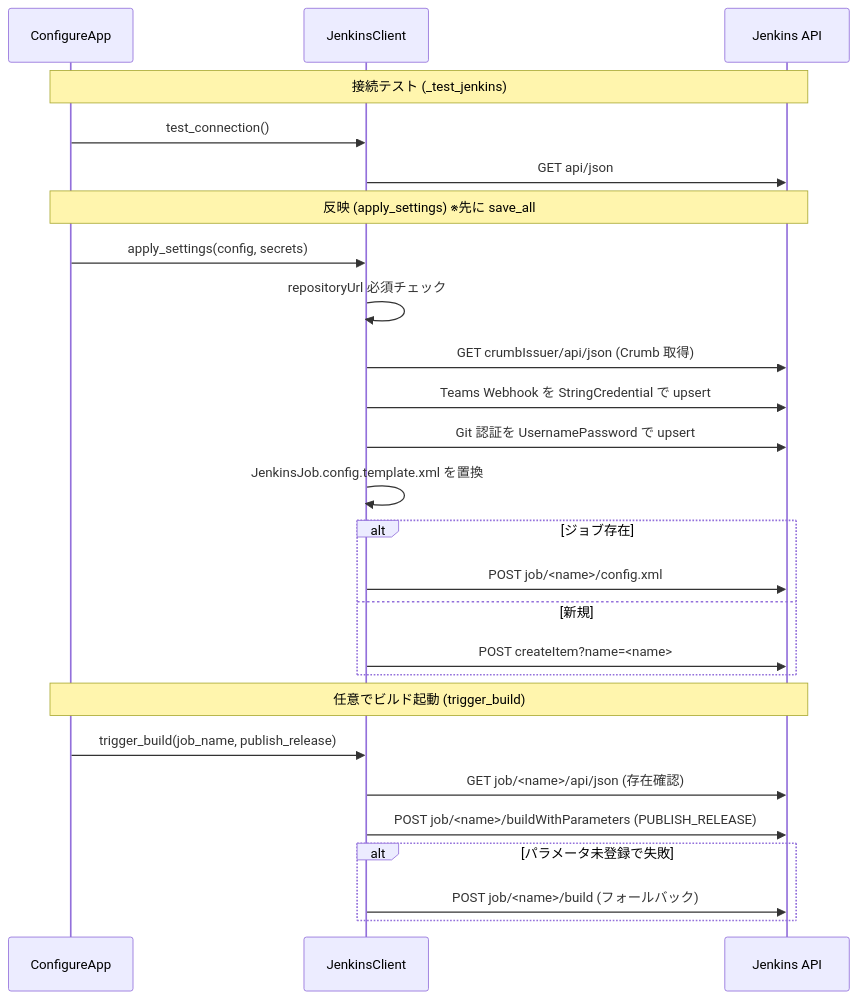
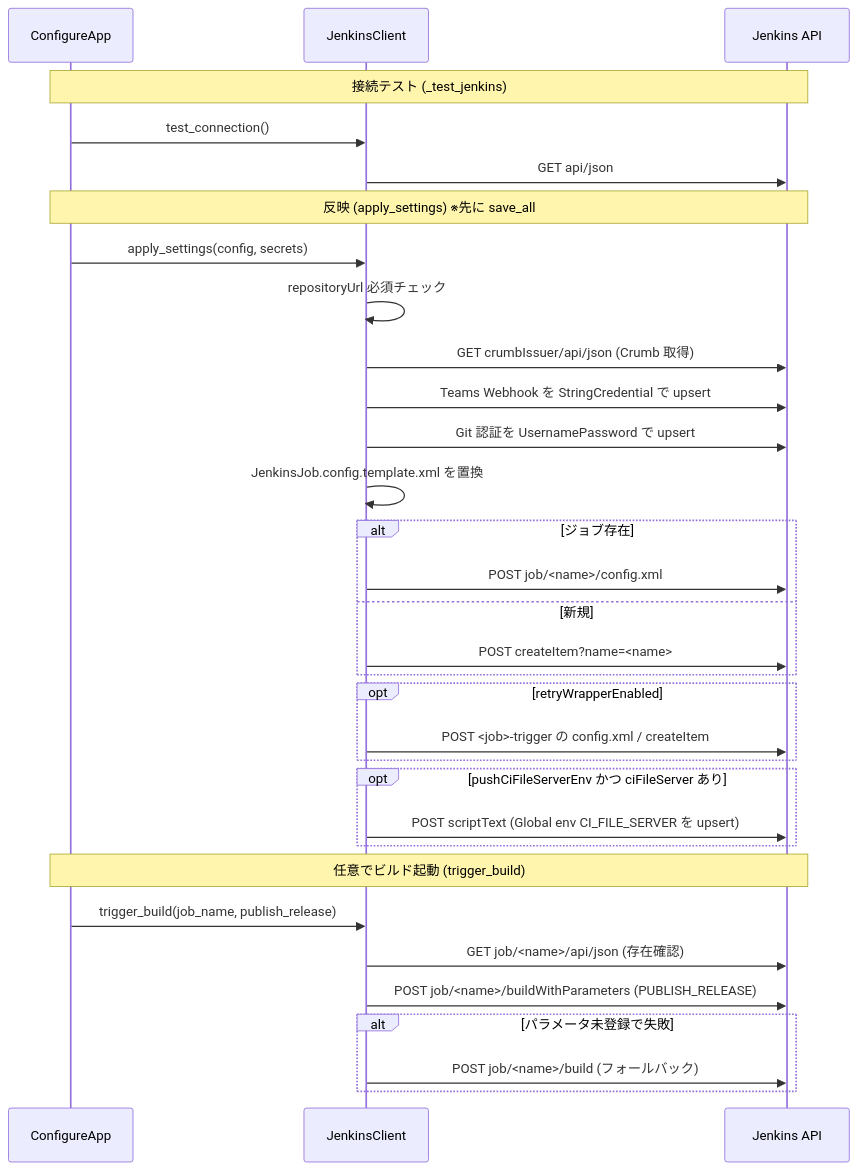
One commit to gt-ynakamatsu/ci-setup-tool changed the seventh of 10 diagrams in docs/DESIGN.md. Above: the diagram before and after it, drawn with Mermaid. The commit also changed other lines of this file and 26 other files, not shown here.

````diff
--- a/docs/DESIGN.md
+++ b/docs/DESIGN.md
@@ -685,31 +732,37 @@
 ```mermaid
 sequenceDiagram
     participant App as ConfigureApp
     participant JC as JenkinsClient
     participant J as Jenkins API
 
     Note over App,J: 接続テスト (_test_jenkins)
     App->>JC: test_connection()
     JC->>J: GET api/json
 
     Note over App,J: 反映 (apply_settings) ※先に save_all
     App->>JC: apply_settings(config, secrets)
     JC->>JC: repositoryUrl 必須チェック
     JC->>J: GET crumbIssuer/api/json (Crumb 取得)
     JC->>J: Teams Webhook を StringCredential で upsert
     JC->>J: Git 認証を UsernamePassword で upsert
     JC->>JC: JenkinsJob.config.template.xml を置換
     alt ジョブ存在
         JC->>J: POST job/<name>/config.xml
     else 新規
         JC->>J: POST createItem?name=<name>
     end
+    opt retryWrapperEnabled
+        JC->>J: POST <job>-trigger の config.xml / createItem
+    end
+    opt pushCiFileServerEnv かつ ciFileServer あり
+        JC->>J: POST scriptText (Global env CI_FILE_SERVER を upsert)
+    end
 
     Note over App,J: 任意でビルド起動 (trigger_build)
     App->>JC: trigger_build(job_name, publish_release)
     JC->>J: GET job/<name>/api/json (存在確認)
     JC->>J: POST job/<name>/buildWithParameters (PUBLISH_RELEASE)
     alt パラメータ未登録で失敗
         JC->>J: POST job/<name>/build (フォールバック)
     end
 ```
````
